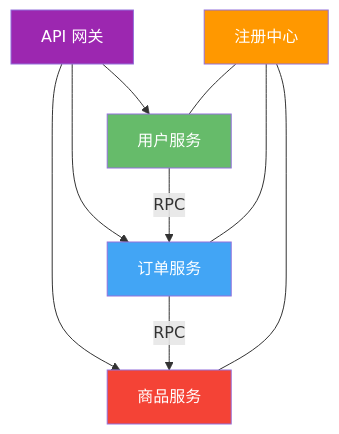
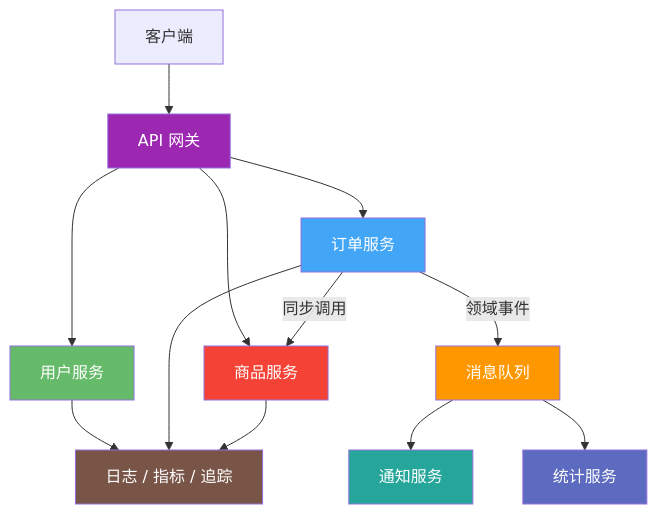
Before and after one commit to weng235/weng235.github.io: the fourth of 5 diagrams in _posts/2026-05-17-internet-architecture-evolution.md, drawn with Mermaid. The commit also changed other lines of this file and 4 other files, not shown here.

````diff
--- a/_posts/2026-05-17-internet-architecture-evolution.md
+++ b/_posts/2026-05-17-internet-architecture-evolution.md
@@ -228,19 +177,23 @@
 ```mermaid
-graph TB
-    Gateway[API 网关] --> UserSvc[用户服务]
-    Gateway --> OrderSvc[订单服务]
-    Gateway --> ProductSvc[商品服务]
-
-    UserSvc -->|RPC| OrderSvc
-    OrderSvc -->|RPC| ProductSvc
-
-    Registry[注册中心] --- UserSvc
-    Registry --- OrderSvc
-    Registry --- ProductSvc
+flowchart TB
+    Client["客户端"] --> Gateway["API 网关"]
+    Gateway --> UserSvc["用户服务"]
+    Gateway --> OrderSvc["订单服务"]
+    Gateway --> ProductSvc["商品服务"]
+    OrderSvc -->|同步调用| ProductSvc
+    OrderSvc -->|领域事件| MQ["消息队列"]
+    MQ --> NotifySvc["通知服务"]
+    MQ --> AnalyticsSvc["统计服务"]
+    UserSvc --> Observe["日志 / 指标 / 追踪"]
+    OrderSvc --> Observe
+    ProductSvc --> Observe
 
     style Gateway fill:#9C27B0,color:#fff
-    style Registry fill:#FF9800,color:#fff
     style UserSvc fill:#66BB6A,color:#fff
     style OrderSvc fill:#42A5F5,color:#fff
     style ProductSvc fill:#F44336,color:#fff
+    style MQ fill:#FF9800,color:#fff
+    style NotifySvc fill:#26A69A,color:#fff
+    style AnalyticsSvc fill:#5C6BC0,color:#fff
+    style Observe fill:#795548,color:#fff
 ```
````
